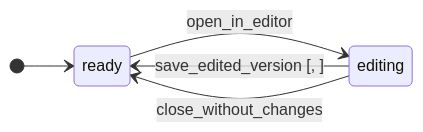
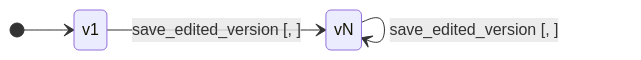
The diagram in docs/domain-viz/contexts/workspace.md (Duke0503/office_template_library), drawn with Mermaid before and after one commit. The commit also changed other lines of this file and 30 other files, not shown here.

First line of the commit message:
Add architecture spine, seed template generator and shared kind registry

````diff
--- a/docs/domain-viz/contexts/workspace.md
+++ b/docs/domain-viz/contexts/workspace.md
@@ -114,8 +112,7 @@
 ```mermaid
 stateDiagram-v2
     direction LR
-    [*] --> ready
-    ready --> editing: open_in_editor
-    editing --> ready: save_edited_version [, ]
-    editing --> ready: close_without_changes
+    [*] --> v1
+    v1 --> vN: save_edited_version [, ]
+    vN --> vN: save_edited_version [, ]
 ```
````
